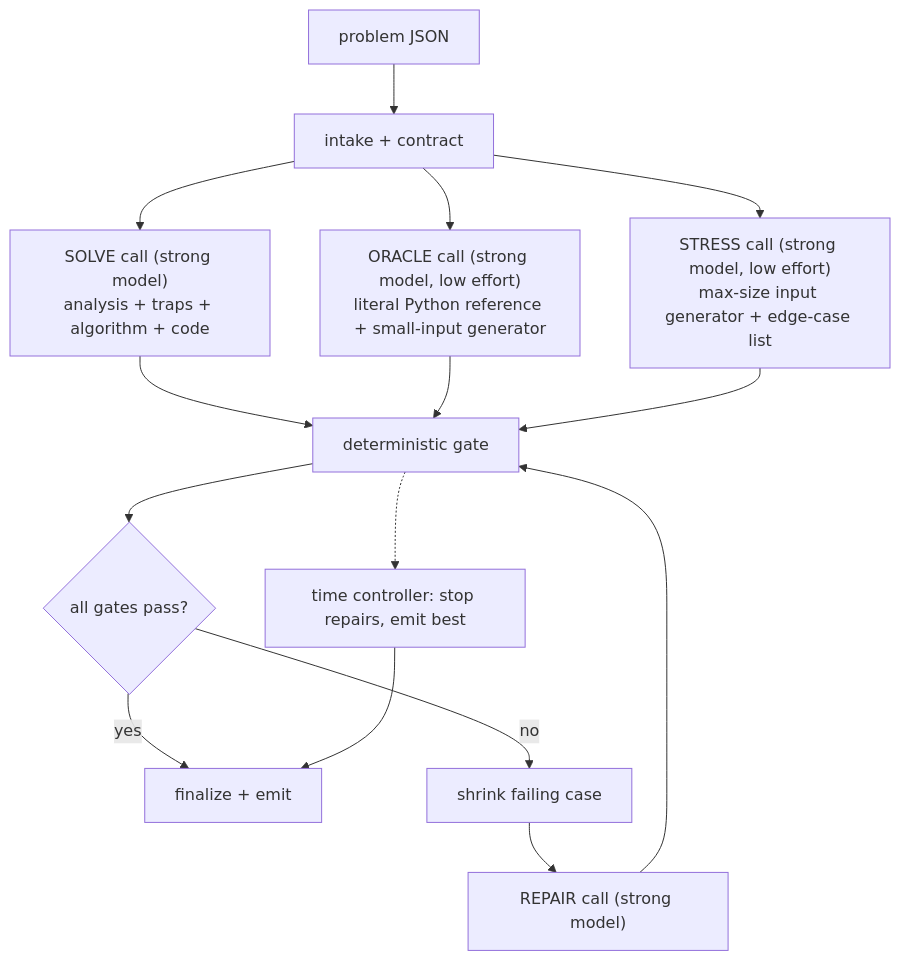
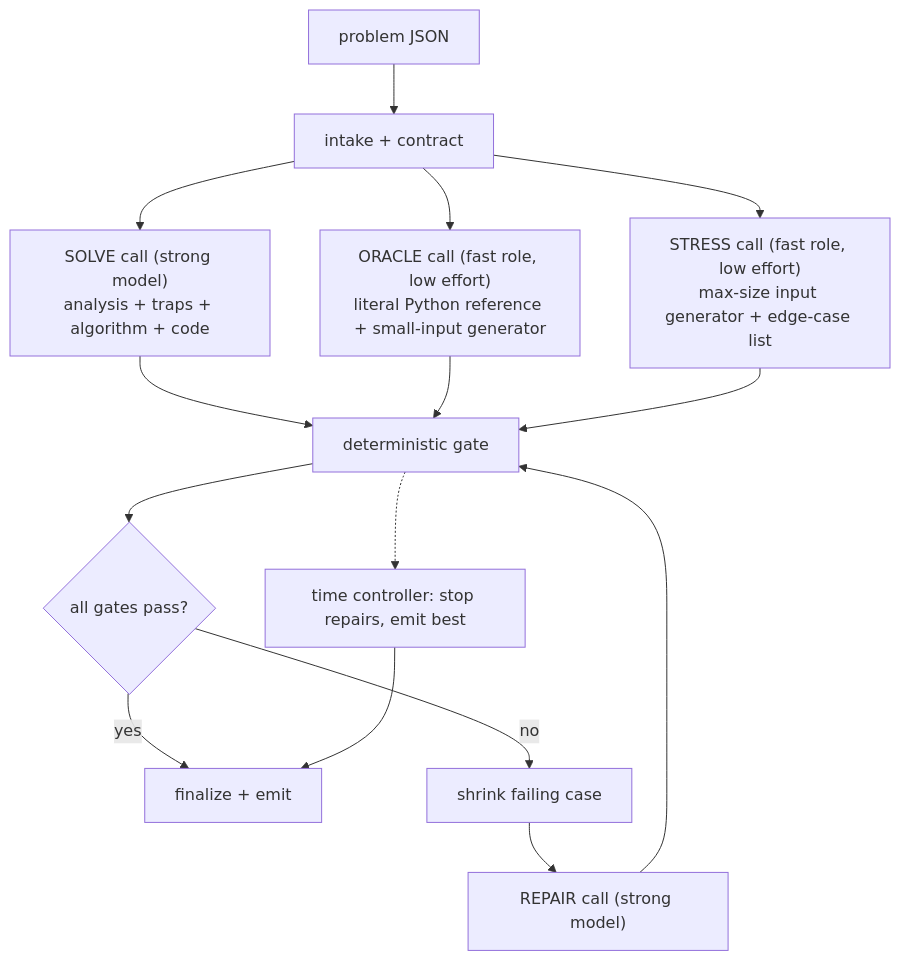
Before and after one commit to adanramzan/ChallengeBox: the first of 2 diagrams in ChallengeBox-Agent-Architecture.md, drawn with Mermaid. The commit also changed other lines of this file and 9 other files, not shown here.

First line of the commit message:
docs: sync architecture doc, README, and SOLVER.md with the implemented solver

````diff
--- a/ChallengeBox-Agent-Architecture.md
+++ b/ChallengeBox-Agent-Architecture.md
@@ -81,17 +81,17 @@
 ```mermaid
 flowchart TD
     A["problem JSON"] --> B["intake + contract"]
     B --> C1["SOLVE call (strong model)<br/>analysis + traps + algorithm + code"]
-    B --> C2["ORACLE call (strong model, low effort)<br/>literal Python reference + small-input generator"]
-    B --> C3["STRESS call (strong model, low effort)<br/>max-size input generator + edge-case list"]
+    B --> C2["ORACLE call (fast role, low effort)<br/>literal Python reference + small-input generator"]
+    B --> C3["STRESS call (fast role, low effort)<br/>max-size input generator + edge-case list"]
     C1 --> G["deterministic gate"]
     C2 --> G
     C3 --> G
     G --> H{"all gates pass?"}
     H -- yes --> K["finalize + emit"]
     H -- no --> S["shrink failing case"]
     S --> R["REPAIR call (strong model)"]
     R --> G
     G -.-> T["time controller: stop repairs, emit best"]
     T --> K
 ```
````
